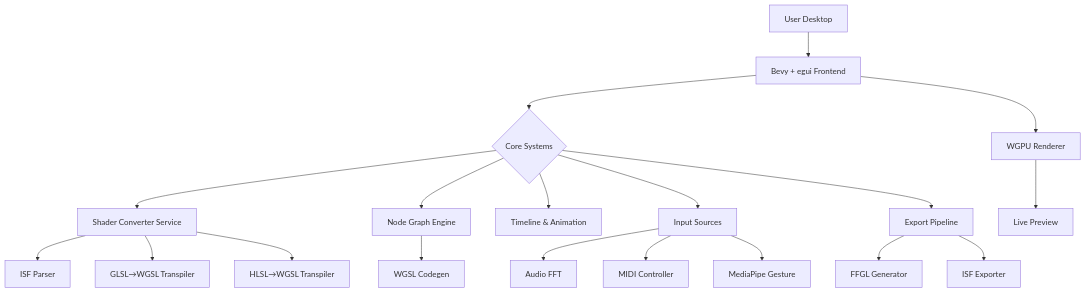
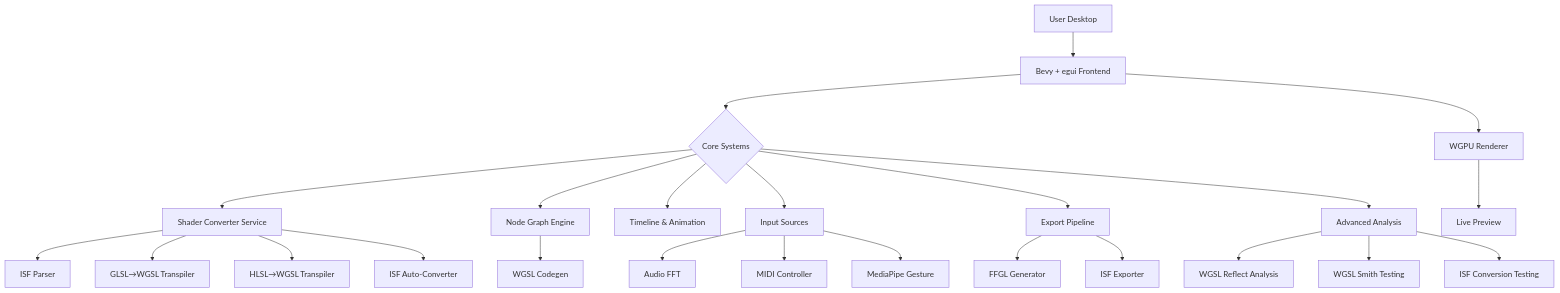
One commit to compiling-org/WGSL-Shader-Studio changed the first of 2 diagrams in .trae/documents/WGSL_Shader_Studio_Technical_Architecture_Complete.md. Above: the diagram before and after it, drawn with Mermaid. The commit also changed other lines of this file and 4 other files, not shown here.

````diff
--- a/.trae/documents/WGSL_Shader_Studio_Technical_Architecture_Complete.md
+++ b/.trae/documents/WGSL_Shader_Studio_Technical_Architecture_Complete.md
@@ -5,21 +5,26 @@
 ```mermaid
 graph TD
     A[User Desktop] --> B[Bevy + egui Frontend]
     B --> C{Core Systems}
     C --> D[Shader Converter Service]
     C --> E[Node Graph Engine]
     C --> F[Timeline & Animation]
     C --> G[Input Sources]
     C --> H[Export Pipeline]
+    C --> T[Advanced Analysis]
     D --> I[ISF Parser]
     D --> J[GLSL→WGSL Transpiler]
     D --> K[HLSL→WGSL Transpiler]
+    D --> U[ISF Auto-Converter]
     E --> L[WGSL Codegen]
     G --> M[Audio FFT]
     G --> N[MIDI Controller]
     G --> O[MediaPipe Gesture]
     H --> P[FFGL Generator]
     H --> Q[ISF Exporter]
+    T --> V[WGSL Reflect Analysis]
+    T --> W[WGSL Smith Testing]
+    T --> X[ISF Conversion Testing]
     B --> R[WGPU Renderer]
     R --> S[Live Preview]
 ```
````
